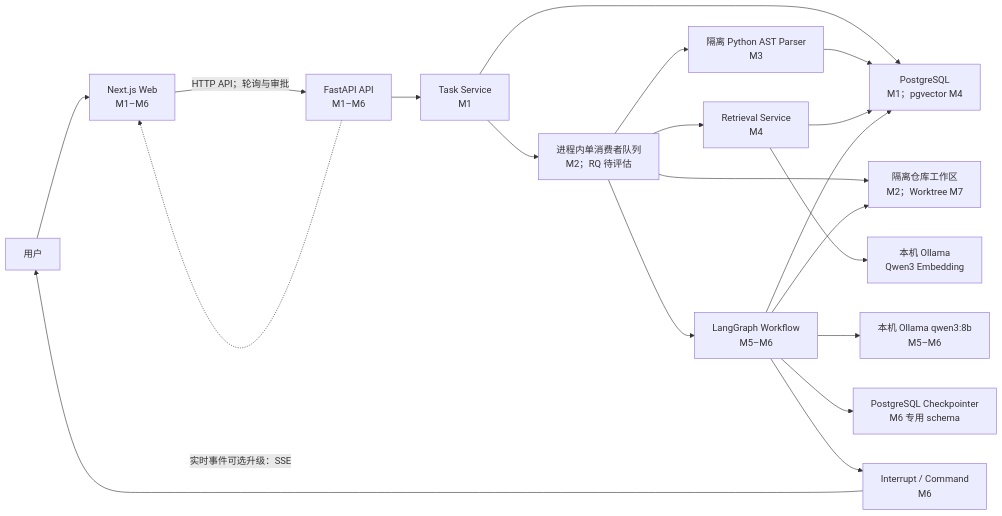
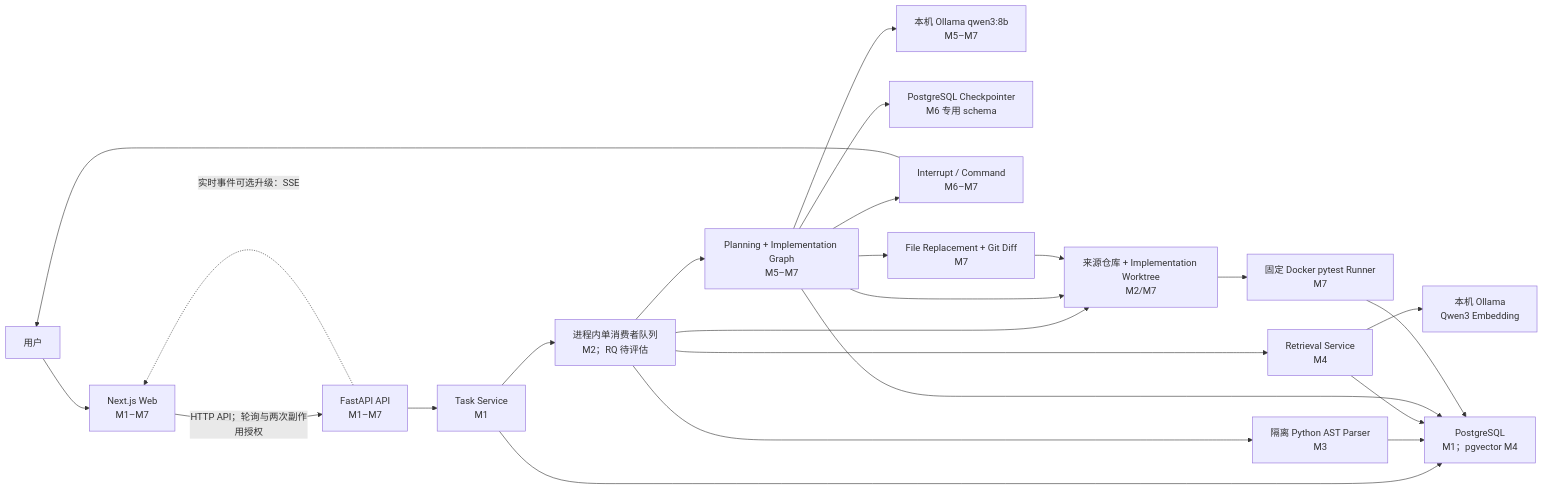
One commit to guiwenhui/IssuePilot changed the first of 2 diagrams in docs/architecture.md. Above: the diagram before and after it, drawn with Mermaid. The commit also changed other lines of this file and 57 other files, not shown here.

````diff
--- a/docs/architecture.md
+++ b/docs/architecture.md
@@ -9,22 +9,26 @@
 ```mermaid
 flowchart LR
-    User["用户"] --> Web["Next.js Web\nM1–M6"]
-    Web -->|"HTTP API；轮询与审批"| API["FastAPI API\nM1–M6"]
+    User["用户"] --> Web["Next.js Web\nM1–M7"]
+    Web -->|"HTTP API；轮询与两次副作用授权"| API["FastAPI API\nM1–M7"]
     API --> Service["Task Service\nM1"]
     Service --> DB["PostgreSQL\nM1；pgvector M4"]
     Service --> Worker["进程内单消费者队列\nM2；RQ 待评估"]
-    Worker --> Repo["隔离仓库工作区\nM2；Worktree M7"]
+    Worker --> Repo["来源仓库 + Implementation Worktree\nM2/M7"]
     Worker --> Parser["隔离 Python AST Parser\nM3"]
     Parser --> DB
     Worker --> Retrieval["Retrieval Service\nM4"]
     Retrieval --> Embed["本机 Ollama\nQwen3 Embedding"]
     Retrieval --> DB
-    Worker --> Graph["LangGraph Workflow\nM5–M6"]
-    Graph --> Model["本机 Ollama qwen3:8b\nM5–M6"]
+    Worker --> Graph["Planning + Implementation Graph\nM5–M7"]
+    Graph --> Model["本机 Ollama qwen3:8b\nM5–M7"]
     Graph --> DB
     Graph --> CP["PostgreSQL Checkpointer\nM6 专用 schema"]
     Graph --> Repo
-    Graph --> Approval["Interrupt / Command\nM6"]
+    Graph --> Approval["Interrupt / Command\nM6–M7"]
     Approval --> User
+    Graph --> Patch["File Replacement + Git Diff\nM7"]
+    Patch --> Repo
+    Repo --> Runner["固定 Docker pytest Runner\nM7"]
+    Runner --> DB
     API -.->|"实时事件可选升级：SSE"| Web
 ```
````
